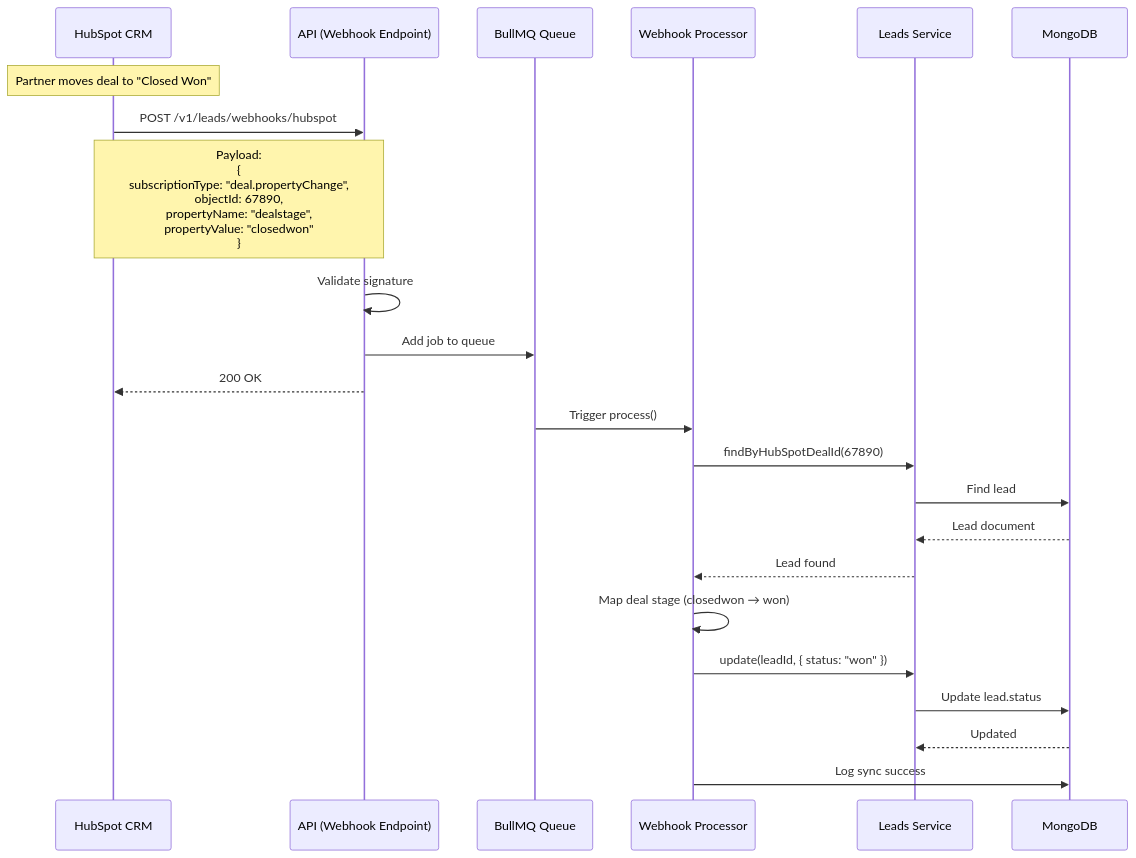
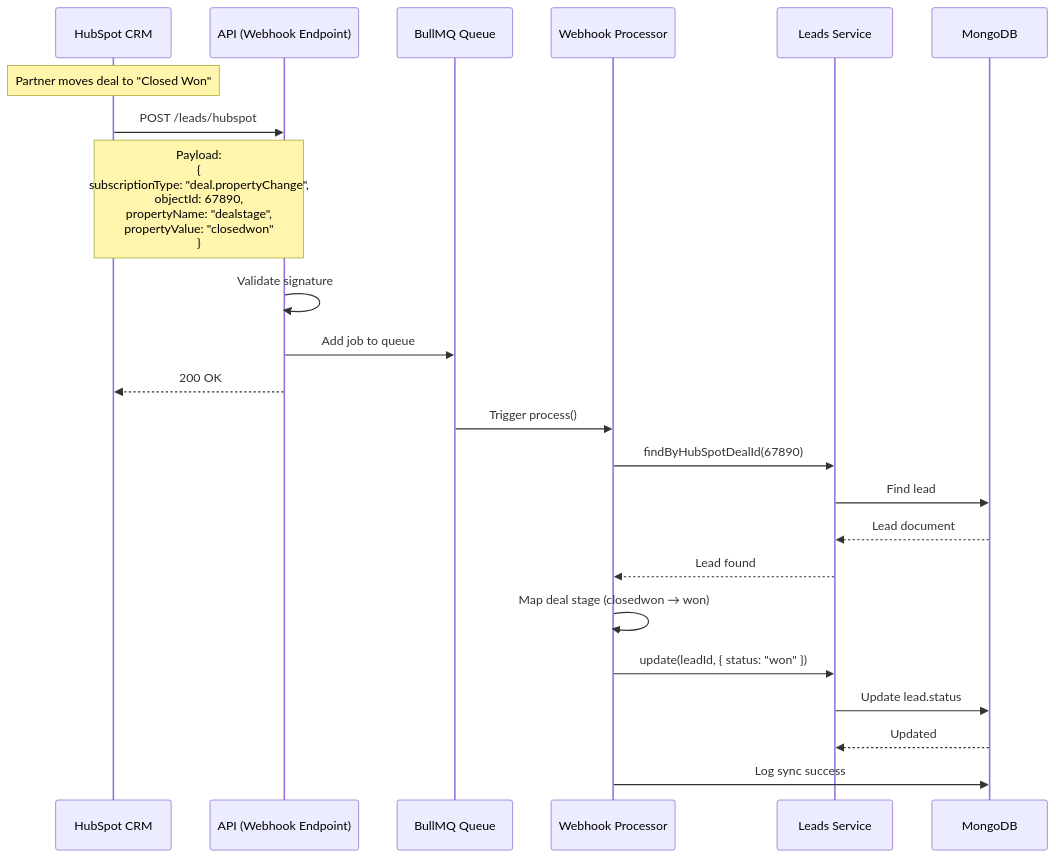
One commit to partner-connector/.github changed the third of 3 diagrams in WEBHOOK_FLOWS.md. Above: the diagram before and after it, drawn with Mermaid. The commit also changed other lines of this file and 3 other files, not shown here.

First line of the commit message:
docs: fix HubSpot webhook URL in documentation

````diff
--- a/WEBHOOK_FLOWS.md
+++ b/WEBHOOK_FLOWS.md
@@ -545,30 +545,30 @@
 ```mermaid
 sequenceDiagram
     participant HubSpot as HubSpot CRM
     participant API as API (Webhook Endpoint)
     participant Queue as BullMQ Queue
     participant Processor as Webhook Processor
     participant LeadsService as Leads Service
     participant DB as MongoDB
 
     Note over HubSpot: Partner moves deal to "Closed Won"
-    HubSpot->>API: POST /v1/leads/webhooks/hubspot
+    HubSpot->>API: POST /leads/hubspot
     Note over HubSpot,API: Payload:<br/>{<br/>  subscriptionType: "deal.propertyChange",<br/>  objectId: 67890,<br/>  propertyName: "dealstage",<br/>  propertyValue: "closedwon"<br/>}
 
     API->>API: Validate signature
     API->>Queue: Add job to queue
     API-->>HubSpot: 200 OK
 
     Queue->>Processor: Trigger process()
     Processor->>LeadsService: findByHubSpotDealId(67890)
     LeadsService->>DB: Find lead
     DB-->>LeadsService: Lead document
     LeadsService-->>Processor: Lead found
 
     Processor->>Processor: Map deal stage (closedwon → won)
     Processor->>LeadsService: update(leadId, { status: "won" })
     LeadsService->>DB: Update lead.status
     DB-->>LeadsService: Updated
 
     Processor->>DB: Log sync success
 ```
````
